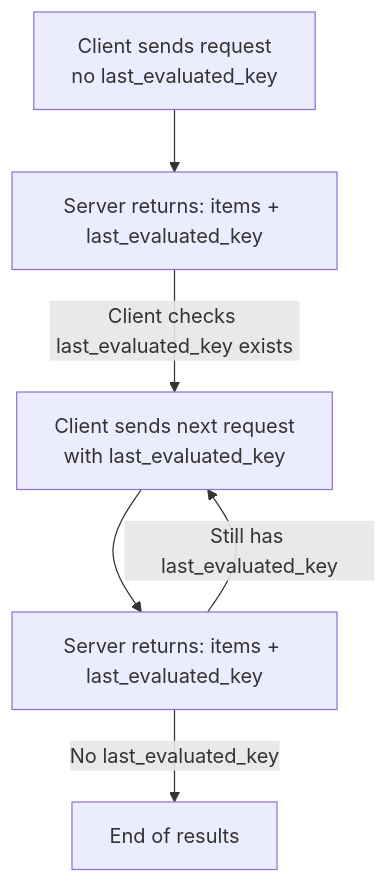
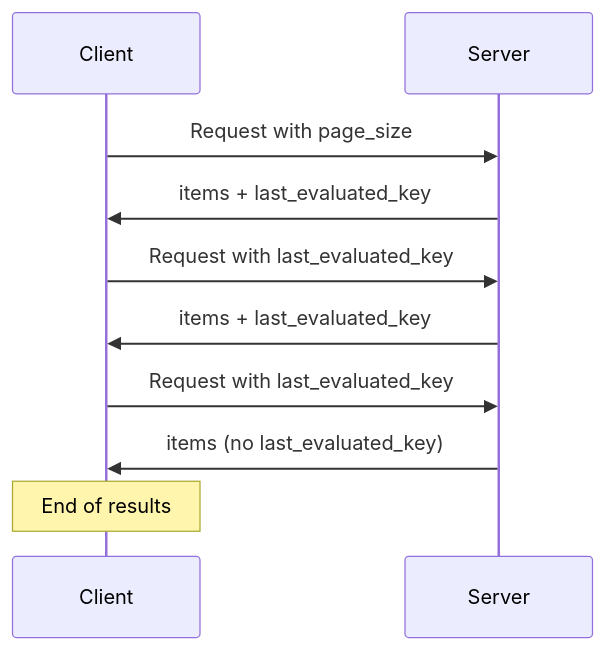
Before and after one commit to in-co-sandbox/in-co-sandbox-docs: the diagram in guides/developer-resources/pagination.mdx, drawn with Mermaid. The commit also changed other lines of this file and 11 other files, not shown here.

````diff
--- a/guides/developer-resources/pagination.mdx
+++ b/guides/developer-resources/pagination.mdx
@@ -22,8 +30,16 @@
 ```mermaid
-flowchart TD
-    A[Client sends request<br/>no last_evaluated_key] --> B[Server returns: items + last_evaluated_key]
-    B -->|Client checks last_evaluated_key exists| C[Client sends next request<br/>with last_evaluated_key]
-    C --> D[Server returns: items + last_evaluated_key]
-    D -->|Still has last_evaluated_key| C
-    D -->|No last_evaluated_key| E[End of results]
+sequenceDiagram
+    participant Client
+    participant Server
+    
+    Client->>Server: Request with page_size
+    Server->>Client: items + last_evaluated_key
+    
+    Client->>Server: Request with last_evaluated_key
+    Server->>Client: items + last_evaluated_key
+    
+    Client->>Server: Request with last_evaluated_key
+    Server->>Client: items (no last_evaluated_key)
+    
+    Note over Client: End of results
 ```
````
